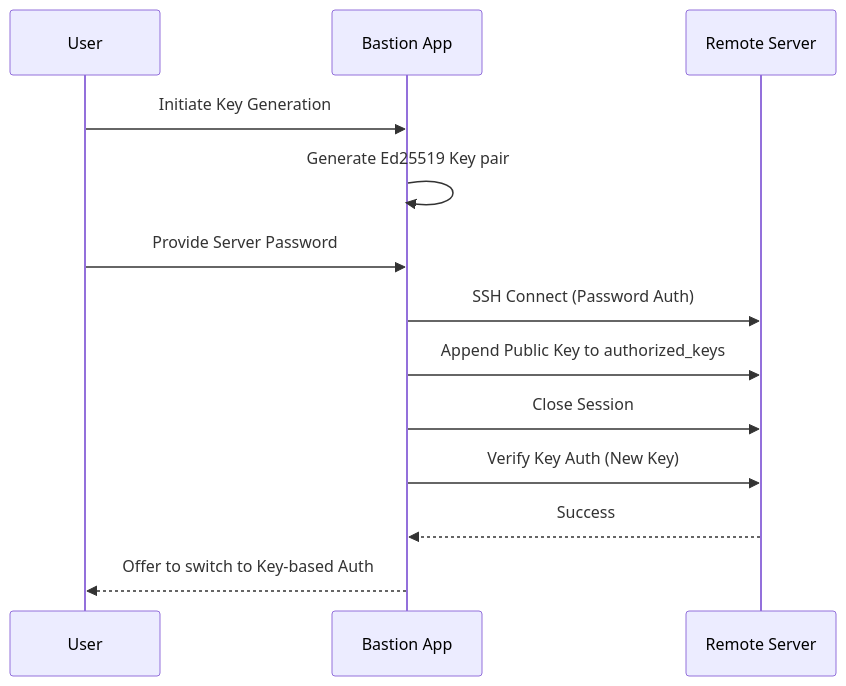
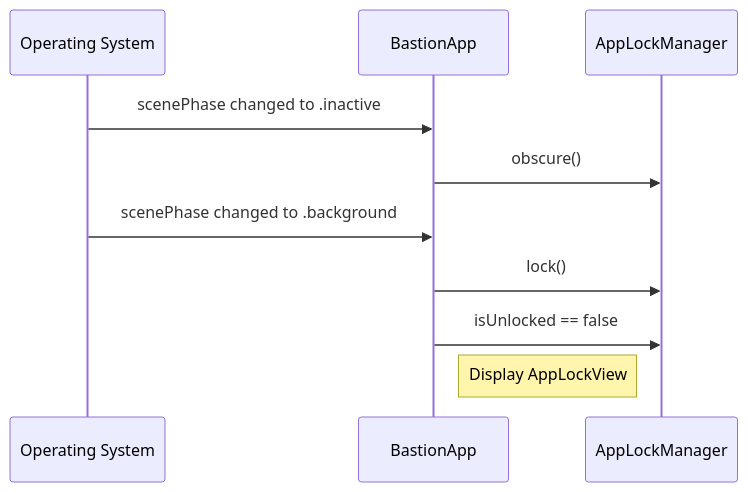
One commit to blixten85/bastion changed the second of 2 diagrams in .cubic/wiki/01-overview/03-security-policies.md. Above: the diagram before and after it, drawn with Mermaid. The commit also changed other lines of this file and 49 other files, not shown here.

````diff
--- a/.cubic/wiki/01-overview/03-security-policies.md
+++ b/.cubic/wiki/01-overview/03-security-policies.md
@@ -94,16 +100,12 @@
 ```mermaid
 sequenceDiagram
-    participant User
-    participant App as Bastion App
-    participant Server as Remote Server
-    
-    User->>App: Initiate Key Generation
-    App->>App: Generate Ed25519 Key pair
-    User->>App: Provide Server Password
-    App->>Server: SSH Connect (Password Auth)
-    App->>Server: Append Public Key to authorized_keys
-    App->>Server: Close Session
-    App->>Server: Verify Key Auth (New Key)
-    Server-->>App: Success
-    App-->>User: Offer to switch to Key-based Auth
+    participant OS as Operating System
+    participant App as BastionApp
+    participant Lock as AppLockManager
+    OS->>App: scenePhase changed to .inactive
+    App->>Lock: obscure()
+    OS->>App: scenePhase changed to .background
+    App->>Lock: lock()
+    App->>Lock: isUnlocked == false
+    Note right of App: Display AppLockView
 ```
````
